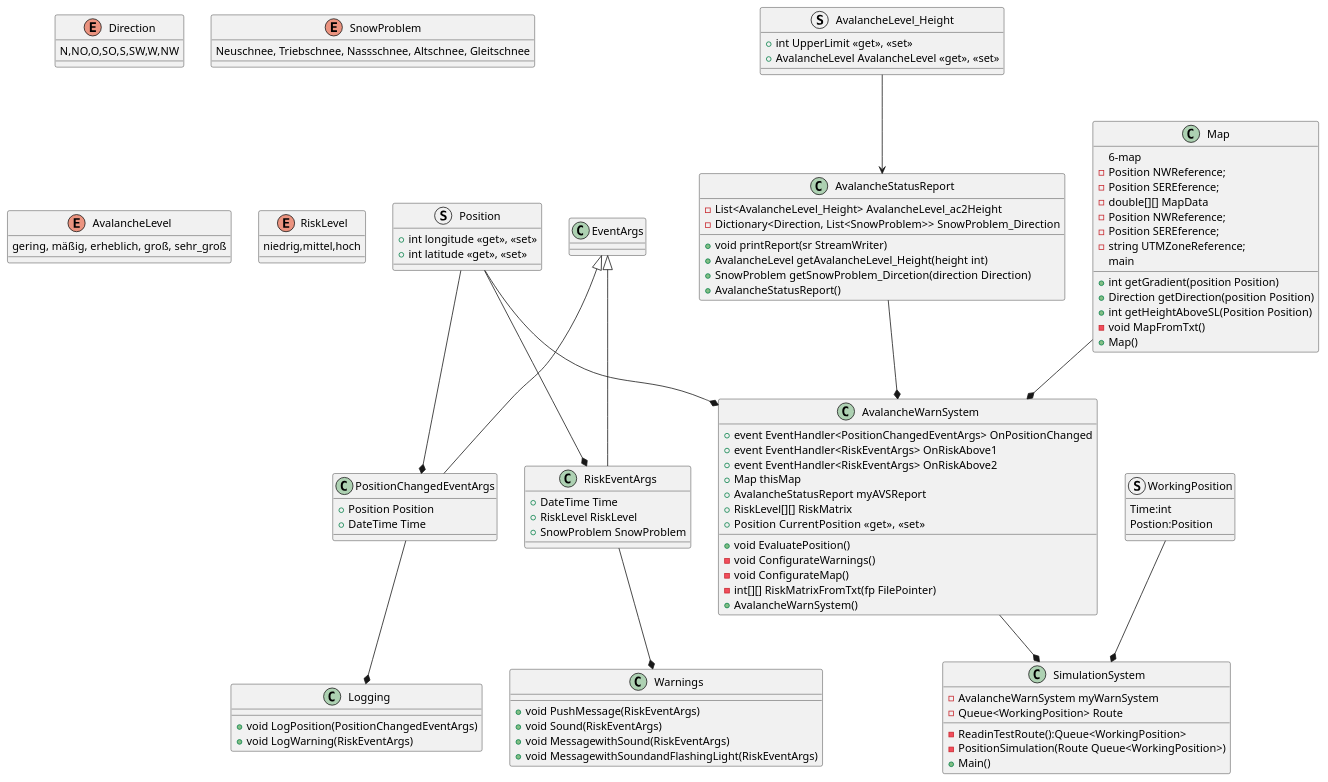
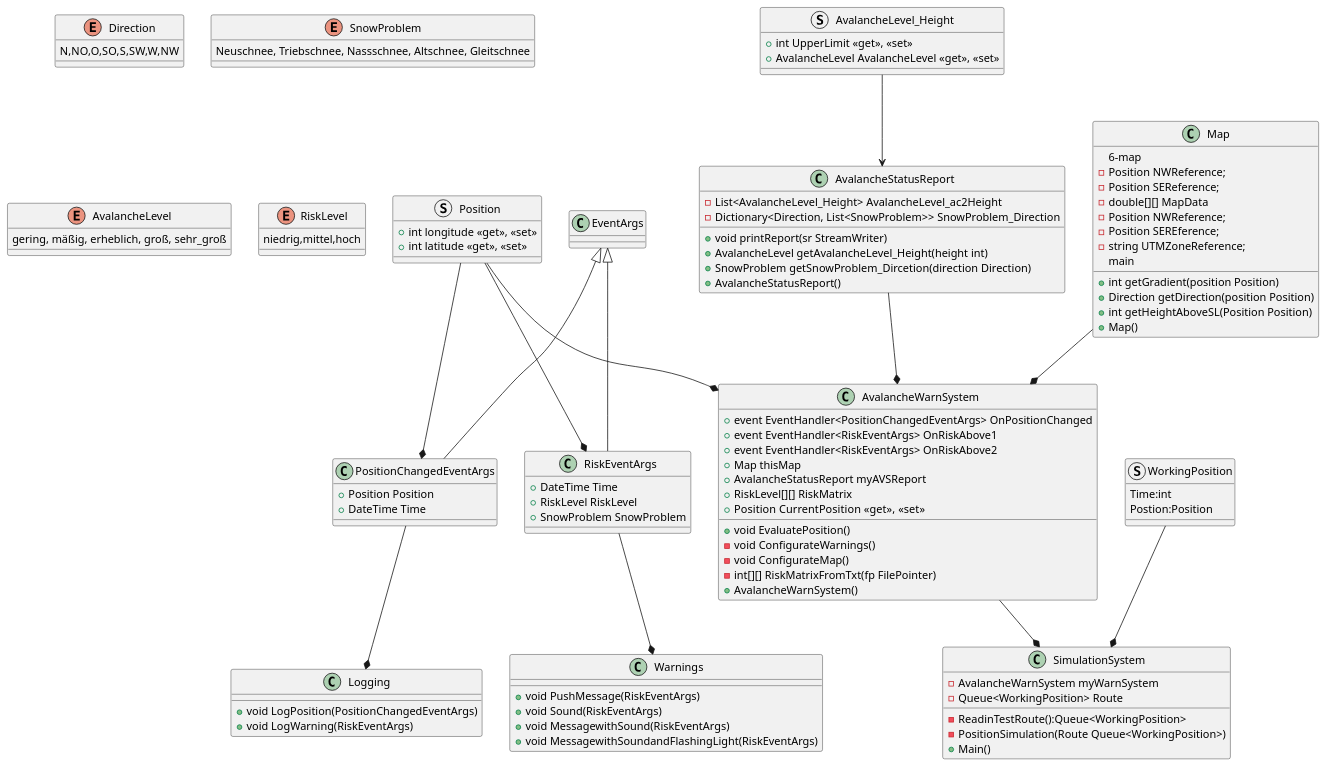
The diagram in ClassDiagram.puml (ganz-anders/poorgrammar), drawn with PlantUML before and after one commit.

Commit message:
fixing typos

```diff
--- a/ClassDiagram.puml
+++ b/ClassDiagram.puml
@@ -1,131 +1,130 @@
 @startuml ClassDiagram
 enum Direction
 {
     N,NO,O,SO,S,SW,W,NW
 }
 
 enum SnowProblem
 {
     Neuschnee, Triebschnee, Nassschnee, Altschnee, Gleitschnee
 }
 
 enum AvalancheLevel
 {
     gering, mäßig, erheblich, groß, sehr_groß
 }
 
 enum RiskLevel
 {
     niedrig,mittel,hoch
 }
 
 struct Position
 {
     + int longitude <<get>>, <<set>>
     + int latitude <<get>>, <<set>>
 }
 
 struct AvalancheLevel_Height
 {
     + int UpperLimit <<get>>, <<set>>
     + AvalancheLevel AvalancheLevel <<get>>, <<set>>
 }
 
 class AvalancheStatusReport
 {
     - List<AvalancheLevel_Height> AvalancheLevel_ac2Height
     - Dictionary<Direction, List<SnowProblem>> SnowProblem_Direction
     + void printReport(sr StreamWriter)
     + AvalancheLevel getAvalancheLevel_Height(height int)
     + SnowProblem getSnowProblem_Dircetion(direction Direction)
     + AvalancheStatusReport()
 }
 
 class Map
 {
 6-map
     - Position NWReference;
-    - Position SEREference;
+    - Position SEReference;
     - double[][] MapData
     - Position NWReference;
     - Position SEREference;
     - string UTMZoneReference;
  main
     + int getGradient(position Position)
     + Direction getDirection(position Position)
     + int getHeightAboveSL(Position Position)
-    - void MapFromTxt()
     + Map()
 }
 
 class Warnings
 {
     + void PushMessage(RiskEventArgs)
     + void Sound(RiskEventArgs)
     + void MessagewithSound(RiskEventArgs)
     + void MessagewithSoundandFlashingLight(RiskEventArgs)
 }
 
 class Logging
 {
     + void LogPosition(PositionChangedEventArgs)
     + void LogWarning(RiskEventArgs)
 }
 
 class PositionChangedEventArgs
 {
     + Position Position
     + DateTime Time
 }
 
 class RiskEventArgs
 {
     + DateTime Time
     + RiskLevel RiskLevel
     + SnowProblem SnowProblem
 }
 
 class AvalancheWarnSystem
 {
     + event EventHandler<PositionChangedEventArgs> OnPositionChanged
     + event EventHandler<RiskEventArgs> OnRiskAbove1
     + event EventHandler<RiskEventArgs> OnRiskAbove2
     + Map thisMap
     + AvalancheStatusReport myAVSReport
     + RiskLevel[][] RiskMatrix
     + Position CurrentPosition <<get>>,  <<set>>
     + void EvaluatePosition()
     - void ConfigurateWarnings()
     - void ConfigurateMap()
     - int[][] RiskMatrixFromTxt(fp FilePointer)  
     + AvalancheWarnSystem()
 }
 
 struct WorkingPosition
 {
     Time:int
     Postion:Position    
 }
 class SimulationSystem
 {
     - AvalancheWarnSystem myWarnSystem
     - Queue<WorkingPosition> Route
     - ReadinTestRoute():Queue<WorkingPosition>
     - PositionSimulation(Route Queue<WorkingPosition>)
     + Main()
 }
 
 RiskEventArgs --* Warnings
 PositionChangedEventArgs --* Logging
 EventArgs <|-- RiskEventArgs
 EventArgs <|-- PositionChangedEventArgs
 AvalancheLevel_Height --> AvalancheStatusReport
 Position --* RiskEventArgs
 Position --* PositionChangedEventArgs
 Position --* AvalancheWarnSystem
 AvalancheStatusReport --* AvalancheWarnSystem
 Map --* AvalancheWarnSystem
 AvalancheWarnSystem --* SimulationSystem
 WorkingPosition --* SimulationSystem
 
 @enduml
```
